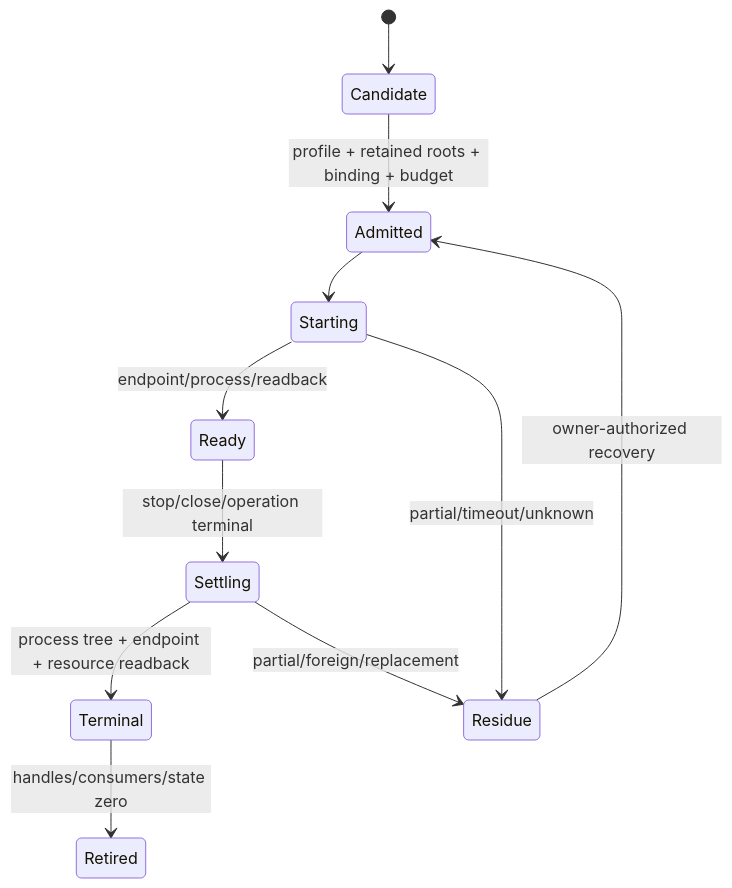
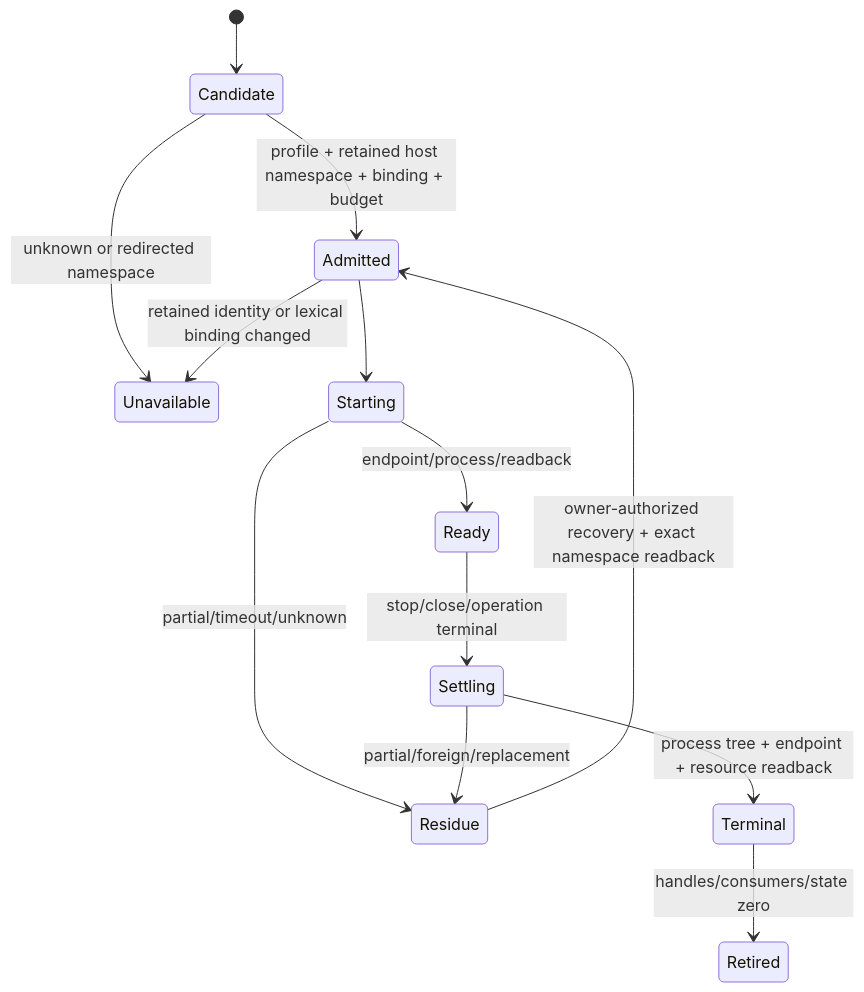
The fourth of 5 diagrams in docs/external-provider-policy.md (sec-platform/sec), drawn with Mermaid before and after one commit. The commit also changed other lines of this file and 61 other files, not shown here.

````diff
--- a/docs/external-provider-policy.md
+++ b/docs/external-provider-policy.md
@@ -261,13 +263,15 @@
 ```mermaid
 stateDiagram-v2
   [*] --> Candidate
-  Candidate --> Admitted: profile + retained roots + binding + budget
+  Candidate --> Admitted: profile + retained host namespace + binding + budget
+  Candidate --> Unavailable: unknown or redirected namespace
+  Admitted --> Unavailable: retained identity or lexical binding changed
   Admitted --> Starting
   Starting --> Ready: endpoint/process/readback
   Starting --> Residue: partial/timeout/unknown
   Ready --> Settling: stop/close/operation terminal
   Settling --> Terminal: process tree + endpoint + resource readback
   Settling --> Residue: partial/foreign/replacement
-  Residue --> Admitted: owner-authorized recovery
+  Residue --> Admitted: owner-authorized recovery + exact namespace readback
   Terminal --> Retired: handles/consumers/state zero
 ```
````
